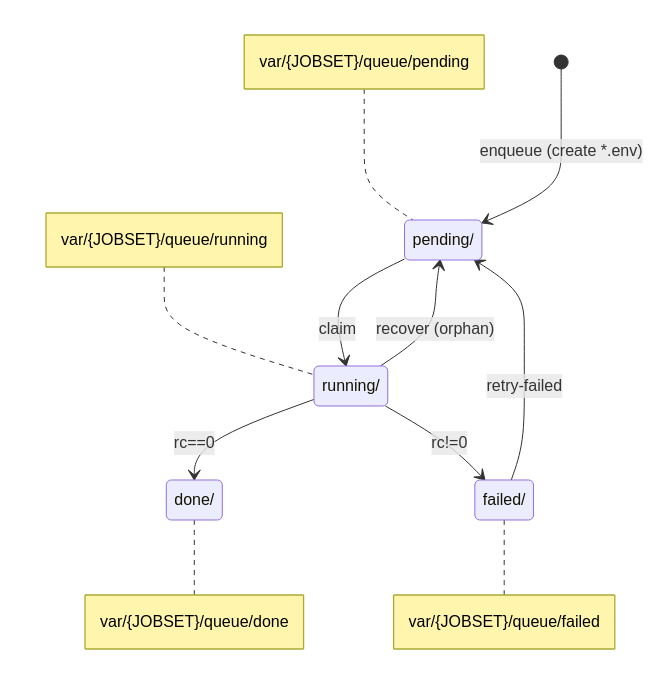
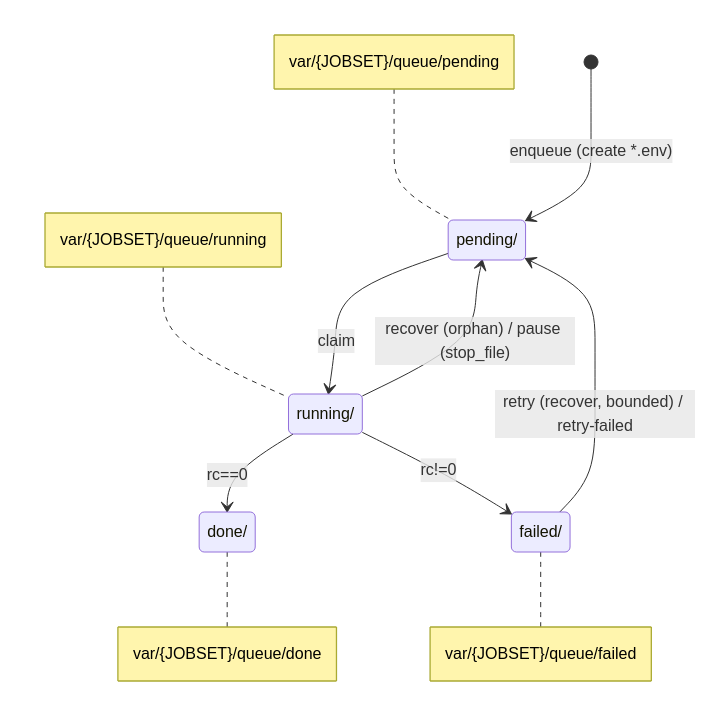
One commit to flengyel/sagequeue changed the diagram in README.md. Above: the diagram before and after it, drawn with Mermaid. The commit also changed other lines of this file, not shown here.

````diff
--- a/README.md
+++ b/README.md
@@ -210,21 +216,21 @@
 ```mermaid
 stateDiagram-v2
   direction TB
 
   state "pending/" as P
   state "running/" as R
   state "done/" as D
   state "failed/" as F
 
   note left of P: var/{JOBSET}/queue/pending
   note left of R: var/{JOBSET}/queue/running
   note right of D: var/{JOBSET}/queue/done
   note right of F: var/{JOBSET}/queue/failed
 
   [*] --> P: enqueue (create *.env)
   P --> R: claim
   R --> D: rc==0
   R --> F: rc!=0
-  F --> P: retry-failed
-  R --> P: recover (orphan)
+  F --> P: retry (recover, bounded) / retry-failed
+  R --> P: recover (orphan) / pause (stop_file)
 ```
````
